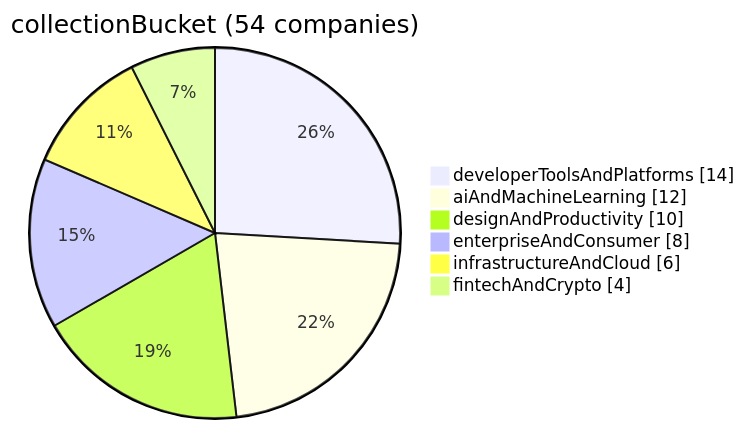
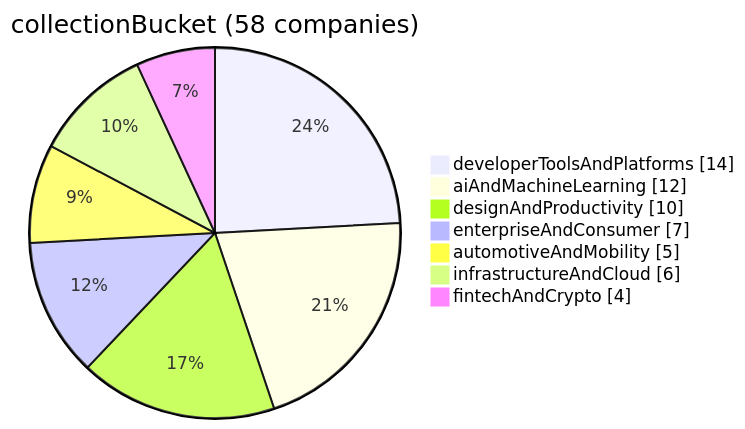
Before and after one commit to thejellyshroom/design-system-analysis: the first of 2 diagrams in analysis/ANALYSIS_FEATURE_TABLE.md, drawn with Mermaid. The commit also changed other lines of this file and 12 other files, not shown here.

Commit message:
Update design system analysis to include 58 companies, adding automotive brands (BMW, Ferrari, Lamborghini, Renault, Tesla) and adjusting related documentation. Revise feature analysis and insights to reflect new data, enhance README, and update references across various files.

````diff
--- a/analysis/ANALYSIS_FEATURE_TABLE.md
+++ b/analysis/ANALYSIS_FEATURE_TABLE.md
@@ -55,10 +56,11 @@
 ```mermaid
 pie showData
-  title collectionBucket (54 companies)
+  title collectionBucket (58 companies)
   "developerToolsAndPlatforms" : 14
   "aiAndMachineLearning" : 12
   "designAndProductivity" : 10
-  "enterpriseAndConsumer" : 8
+  "enterpriseAndConsumer" : 7
+  "automotiveAndMobility" : 5
   "infrastructureAndCloud" : 6
   "fintechAndCrypto" : 4
 ```
````
